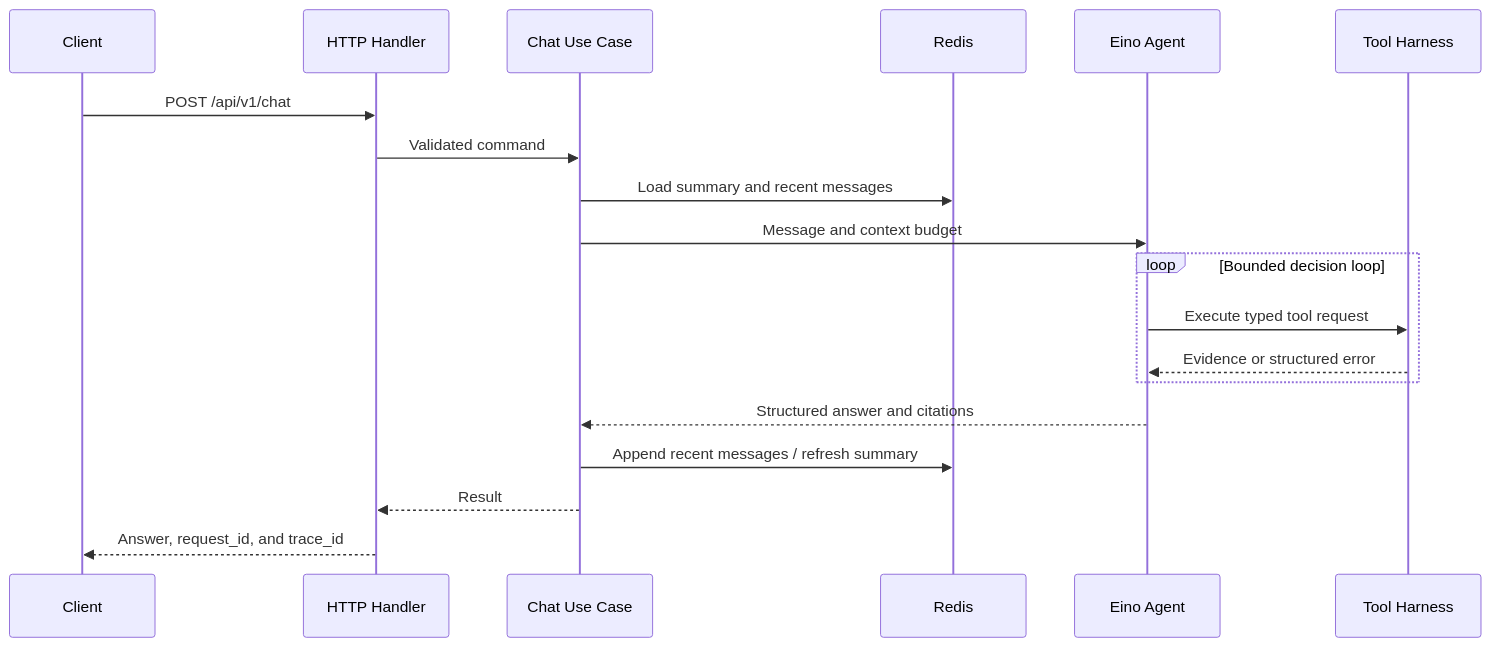
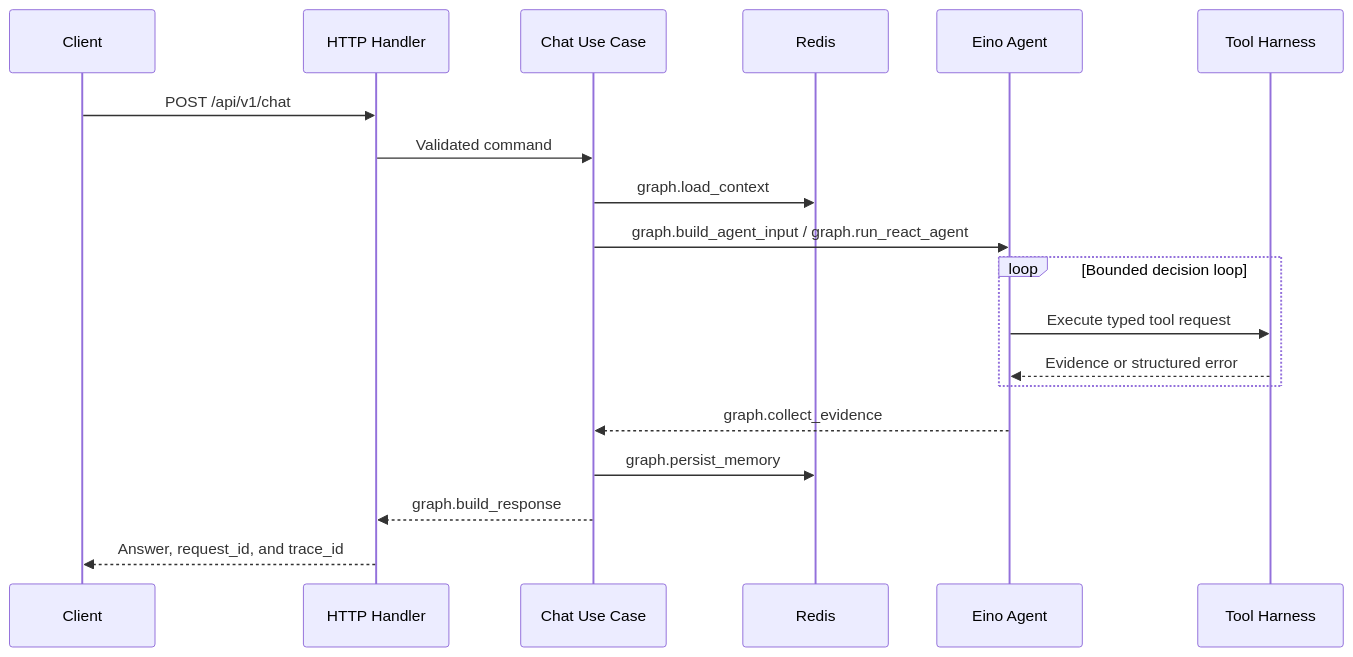
One commit to jiawei-wang-dev/WatchOps-Lite changed the third of 3 diagrams in docs/ARCHITECTURE.md. Above: the diagram before and after it, drawn with Mermaid. The commit also changed other lines of this file and 11 other files, not shown here.

````diff
--- a/docs/ARCHITECTURE.md
+++ b/docs/ARCHITECTURE.md
@@ -83,22 +113,22 @@
 ```mermaid
 sequenceDiagram
     participant C as Client
     participant H as HTTP Handler
     participant A as Chat Use Case
     participant R as Redis
     participant G as Eino Agent
     participant T as Tool Harness
 
     C->>H: POST /api/v1/chat
     H->>A: Validated command
-    A->>R: Load summary and recent messages
-    A->>G: Message and context budget
+    A->>R: graph.load_context
+    A->>G: graph.build_agent_input / graph.run_react_agent
     loop Bounded decision loop
         G->>T: Execute typed tool request
         T-->>G: Evidence or structured error
     end
-    G-->>A: Structured answer and citations
-    A->>R: Append recent messages / refresh summary
-    A-->>H: Result
+    G-->>A: graph.collect_evidence
+    A->>R: graph.persist_memory
+    A-->>H: graph.build_response
     H-->>C: Answer, request_id, and trace_id
 ```
````
